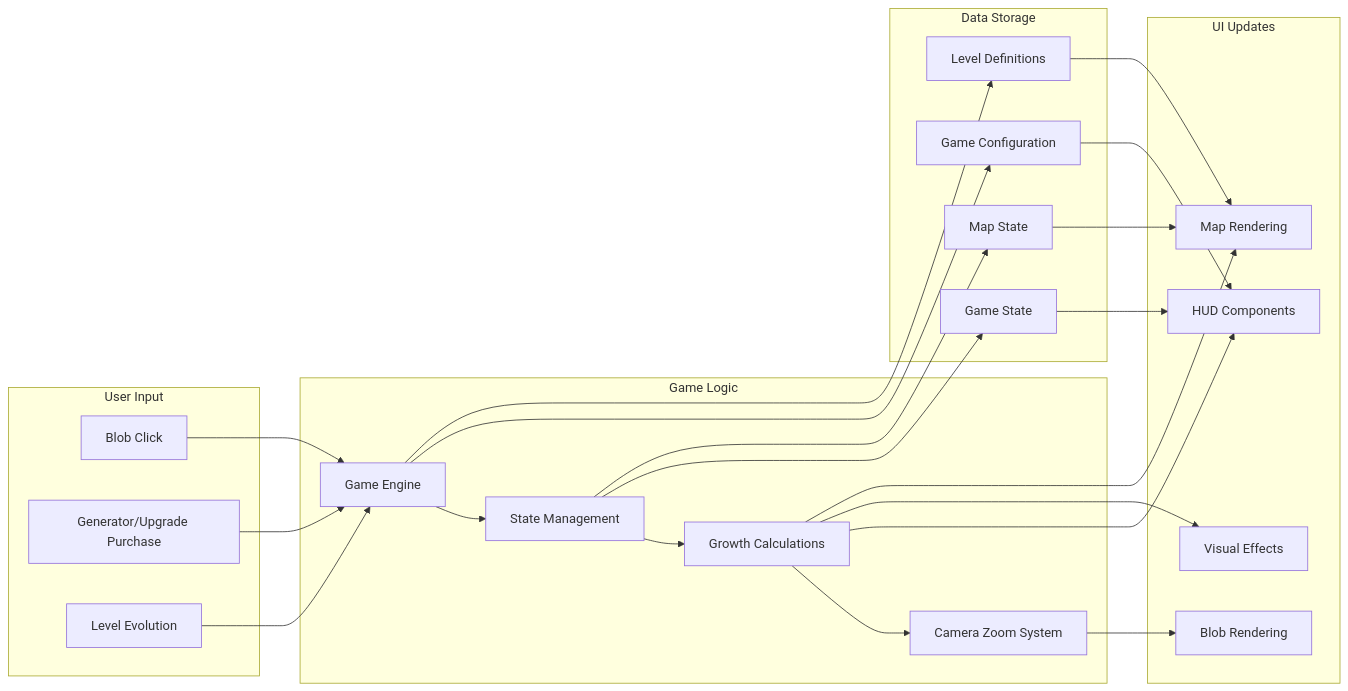
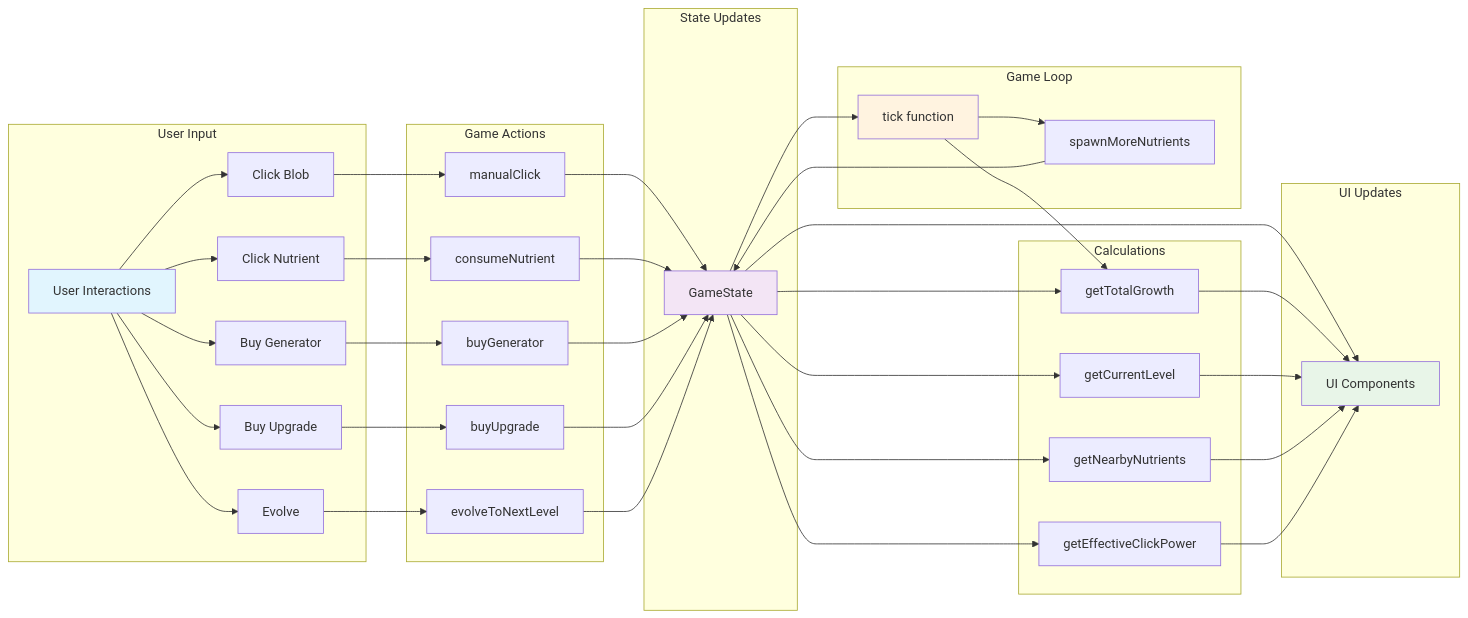
One commit to andreicstoica/blob-game changed the sixth of 9 diagrams in docs/architecture-diagrams.md. Above: the diagram before and after it, drawn with Mermaid. The commit also changed other lines of this file and 75 other files, not shown here.

````diff
--- a/docs/architecture-diagrams.md
+++ b/docs/architecture-diagrams.md
@@ -613,52 +348,54 @@
 ```mermaid
 flowchart LR
     subgraph "User Input"
-        Click[Blob Click]
-        Purchase[Generator/Upgrade Purchase]
-        Evolution[Level Evolution]
+        UI[User Interactions]
+        UI --> CLICK[Click Blob]
+        UI --> NUTRIENT[Click Nutrient]
+        UI --> BUY_GEN[Buy Generator]
+        UI --> BUY_UP[Buy Upgrade]
+        UI --> EVOLVE[Evolve]
     end
 
-    subgraph "Game Logic"
-        GameEngine[Game Engine]
-        StateManager[State Management]
-        Calculations[Growth Calculations]
-        CameraSystem[Camera Zoom System]
+    subgraph "Game Actions"
+        CLICK --> MC[manualClick]
+        NUTRIENT --> CN[consumeNutrient]
+        BUY_GEN --> BG[buyGenerator]
+        BUY_UP --> BU[buyUpgrade]
+        EVOLVE --> EL[evolveToNextLevel]
+    end
+
+    subgraph "State Updates"
+        MC --> GS[GameState]
+        CN --> GS
+        BG --> GS
+        BU --> GS
+        EL --> GS
+    end
+
+    subgraph "Calculations"
+        GS --> TG[getTotalGrowth]
+        GS --> GCL[getCurrentLevel]
+        GS --> GNN[getNearbyNutrients]
+        GS --> GEC[getEffectiveClickPower]
     end
 
     subgraph "UI Updates"
-        HUD[HUD Components]
-        Animations[Visual Effects]
-        Map[Map Rendering]
-        Blob[Blob Rendering]
+        GS --> UI_COMP[UI Components]
+        TG --> UI_COMP
+        GCL --> UI_COMP
+        GNN --> UI_COMP
+        GEC --> UI_COMP
     end
 
-    subgraph "Data Storage"
-        GameState[Game State]
-        Config[Game Configuration]
-        Levels[Level Definitions]
-        MapState[Map State]
+    subgraph "Game Loop"
+        GS --> TICK[tick function]
+        TICK --> TG
+        TICK --> SMN[spawnMoreNutrients]
+        SMN --> GS
     end
 
-    Click --> GameEngine
-    Purchase --> GameEngine
-    Evolution --> GameEngine
-
-    GameEngine --> StateManager
-    StateManager --> Calculations
-    Calculations --> CameraSystem
-
-    Calculations --> HUD
-    Calculations --> Animations
-    Calculations --> Map
-    CameraSystem --> Blob
-
-    StateManager --> GameState
-    StateManager --> MapState
-    GameEngine --> Config
-    GameEngine --> Levels
-
-    GameState --> HUD
-    MapState --> Map
-    Config --> HUD
-    Levels --> Map
+    style UI fill:#e1f5fe
+    style GS fill:#f3e5f5
+    style UI_COMP fill:#e8f5e8
+    style TICK fill:#fff3e0
 ```
````
